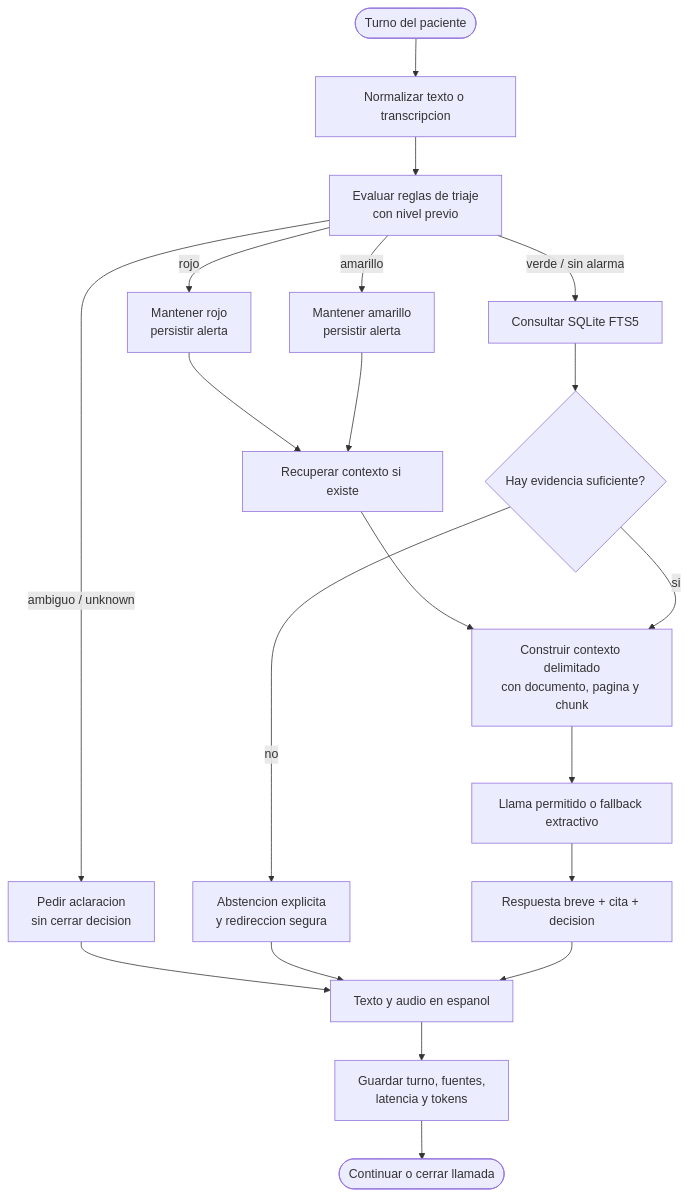
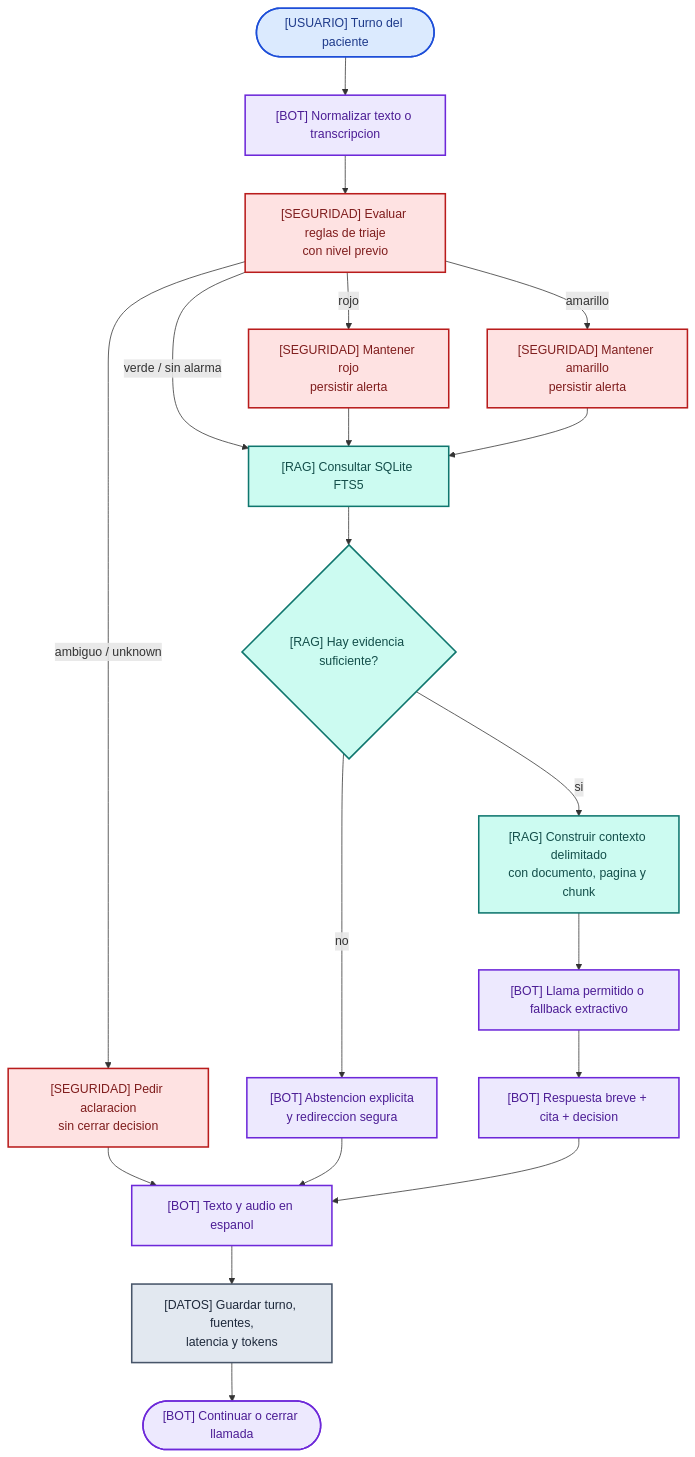
Before and after one commit to JhofredCam/TechSphereChallenge: the second of 3 diagrams in docs/arquitectura.md, drawn with Mermaid. The commit also changed other lines of this file and 2 other files, not shown here.

Commit message:
docs(architecture): fix and style Mermaid diagrams

````diff
--- a/docs/arquitectura.md
+++ b/docs/arquitectura.md
@@ -165,24 +179,29 @@
 ```mermaid
 flowchart TD
-    Start([Turno del paciente]) --> Normalize["Normalizar texto o transcripcion"]
-    Normalize --> Safety["Evaluar reglas de triaje<br/>con nivel previo"]
+    Start(["[USUARIO] Turno del paciente"]):::actor --> Normalize["[BOT] Normalizar texto o transcripcion"]:::bot
+    Normalize --> Safety["[SEGURIDAD] Evaluar reglas de triaje<br/>con nivel previo"]:::security
 
-    Safety -->|"rojo"| Red["Mantener rojo<br/>persistir alerta"]
-    Safety -->|"amarillo"| Yellow["Mantener amarillo<br/>persistir alerta"]
-    Safety -->|"ambiguo / unknown"| Clarify["Pedir aclaracion<br/>sin cerrar decision"]
-    Safety -->|"verde / sin alarma"| Retrieve["Consultar SQLite FTS5"]
+    Safety -->|"rojo"| Red["[SEGURIDAD] Mantener rojo<br/>persistir alerta"]:::security
+    Safety -->|"amarillo"| Yellow["[SEGURIDAD] Mantener amarillo<br/>persistir alerta"]:::security
+    Safety -->|"ambiguo / unknown"| Clarify["[SEGURIDAD] Pedir aclaracion<br/>sin cerrar decision"]:::security
+    Safety -->|"verde / sin alarma"| Retrieve["[RAG] Consultar SQLite FTS5"]:::rag
 
-    Red --> RetrieveAlert["Recuperar contexto si existe"]
-    Yellow --> RetrieveAlert
-    RetrieveAlert --> Compose
-    Retrieve --> Evidence{"Hay evidencia suficiente?"}
-    Evidence -->|"no"| Abstain["Abstencion explicita<br/>y redireccion segura"]
-    Evidence -->|"si"| Compose["Construir contexto delimitado<br/>con documento, pagina y chunk"]
-    Compose --> Model["Llama permitido o fallback extractivo"]
-    Model --> Cite["Respuesta breve + cita + decision"]
-    Clarify --> Audio["Texto y audio en espanol"]
+    Red --> Retrieve
+    Yellow --> Retrieve
+    Retrieve --> Evidence{"[RAG] Hay evidencia suficiente?"}:::rag
+    Evidence -->|"no"| Abstain["[BOT] Abstencion explicita<br/>y redireccion segura"]:::bot
+    Evidence -->|"si"| Compose["[RAG] Construir contexto delimitado<br/>con documento, pagina y chunk"]:::rag
+    Compose --> Model["[BOT] Llama permitido o fallback extractivo"]:::bot
+    Model --> Cite["[BOT] Respuesta breve + cita + decision"]:::bot
+    Clarify --> Audio["[BOT] Texto y audio en espanol"]:::bot
     Abstain --> Audio
     Cite --> Audio
-    Audio --> Persist["Guardar turno, fuentes,<br/>latencia y tokens"]
-    Persist --> End([Continuar o cerrar llamada])
+    Audio --> Persist["[DATOS] Guardar turno, fuentes,<br/>latencia y tokens"]:::data
+    Persist --> End(["[BOT] Continuar o cerrar llamada"]):::bot
+
+    classDef actor fill:#DBEAFE,stroke:#1D4ED8,color:#1E3A8A,stroke-width:2px;
+    classDef bot fill:#EDE9FE,stroke:#6D28D9,color:#4C1D95,stroke-width:2px;
+    classDef rag fill:#CCFBF1,stroke:#0F766E,color:#134E4A,stroke-width:2px;
+    classDef data fill:#E2E8F0,stroke:#475569,color:#1E293B,stroke-width:2px;
+    classDef security fill:#FEE2E2,stroke:#B91C1C,color:#7F1D1D,stroke-width:2px;
 ```
````
